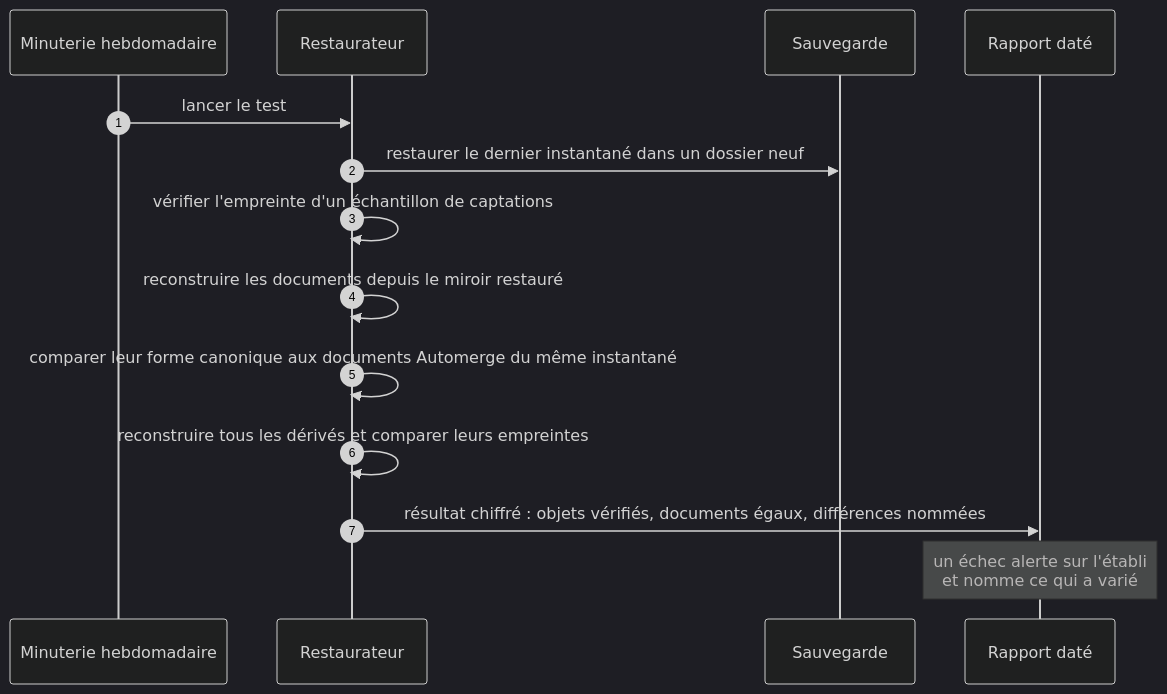
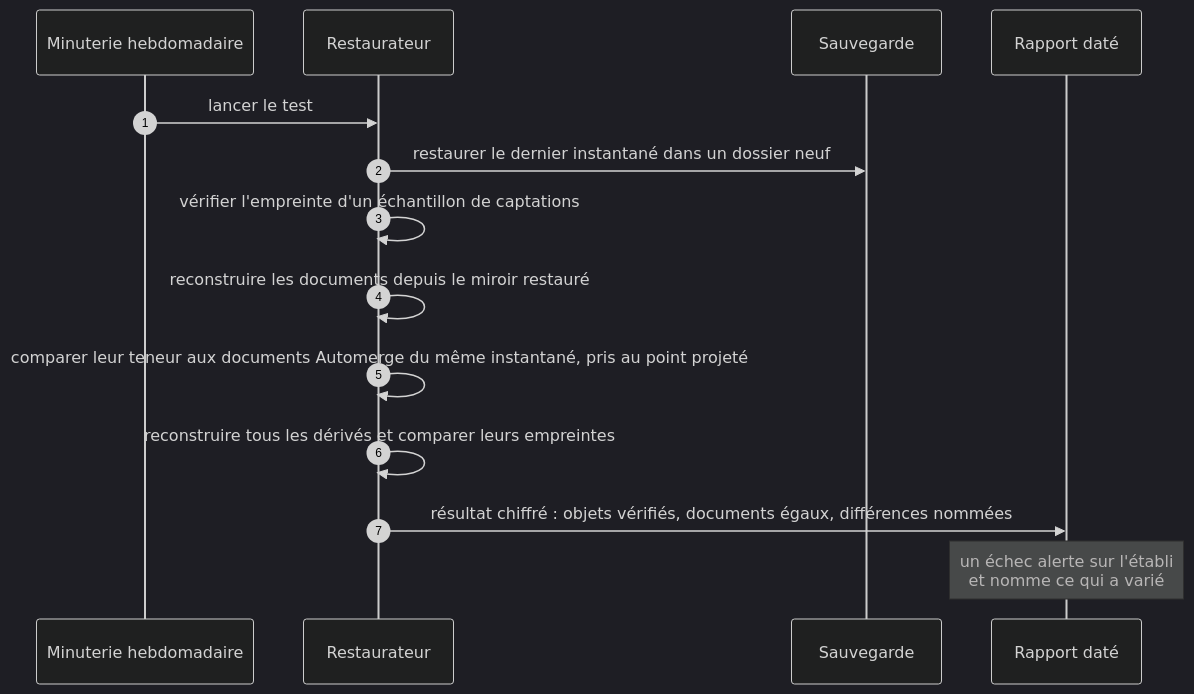
One commit to EdouardZemb/pupitre changed the eighth of 8 diagrams in docs/31-persistance-et-synchronisation.md. Above: the diagram before and after it, drawn with Mermaid (dark theme). The commit also changed other lines of this file and 24 other files, not shown here.

````diff
--- a/docs/31-persistance-et-synchronisation.md
+++ b/docs/31-persistance-et-synchronisation.md
@@ -407,16 +804,16 @@
 ```mermaid
 sequenceDiagram
   autonumber
   participant T as Minuterie hebdomadaire
   participant R as Restaurateur
   participant S as Sauvegarde
   participant J as Rapport daté
   T->>R: lancer le test
   R->>S: restaurer le dernier instantané dans un dossier neuf
   R->>R: vérifier l'empreinte d'un échantillon de captations
   R->>R: reconstruire les documents depuis le miroir restauré
-  R->>R: comparer leur forme canonique aux documents Automerge du même instantané
+  R->>R: comparer leur teneur aux documents Automerge du même instantané, pris au point projeté
   R->>R: reconstruire tous les dérivés et comparer leurs empreintes
   R->>J: résultat chiffré : objets vérifiés, documents égaux, différences nommées
   Note over J: un échec alerte sur l'établi<br/>et nomme ce qui a varié
 ```
````
